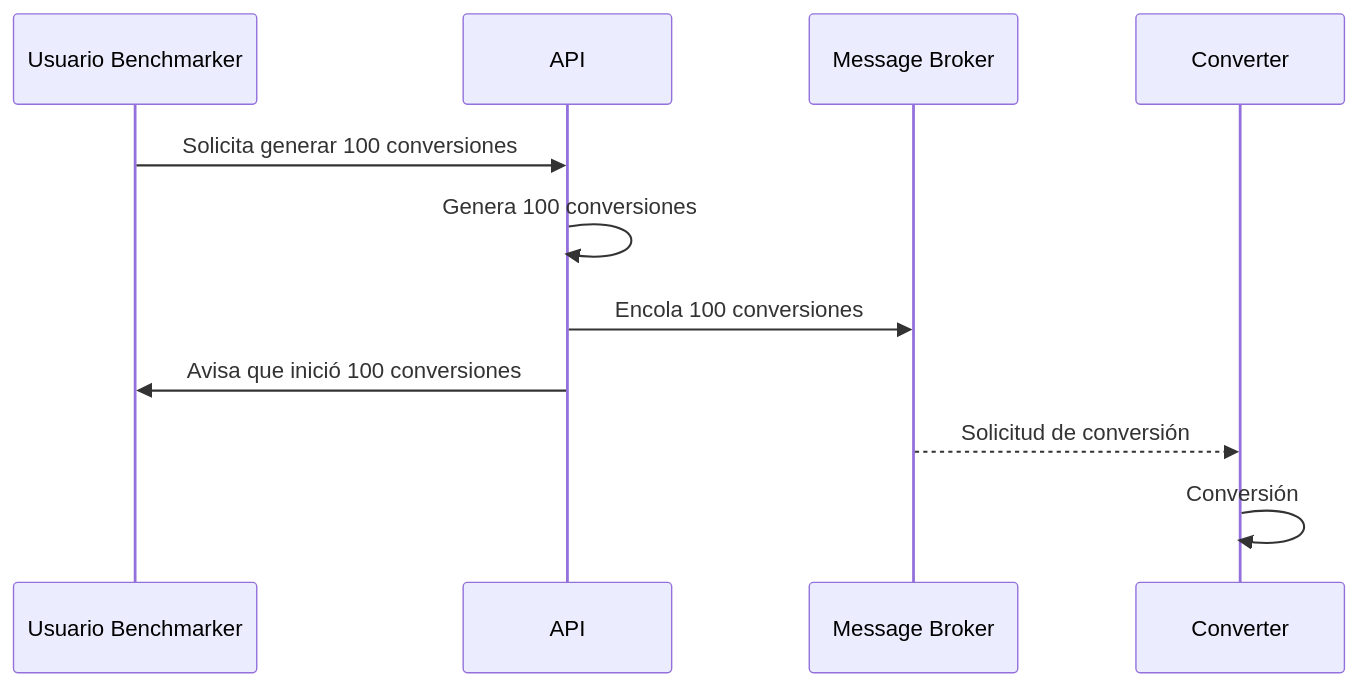
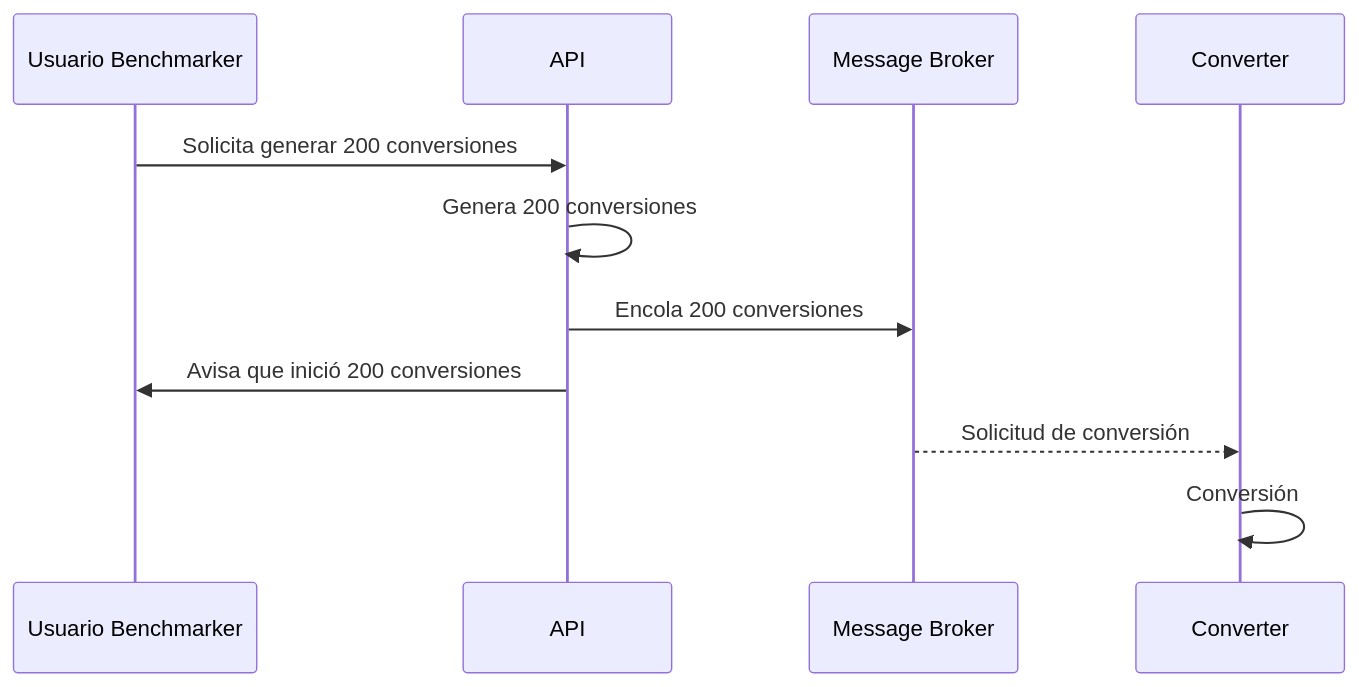
One commit to muniter/uni_cloud_convert changed the fourth of 4 diagrams in README.md. Above: the diagram before and after it, drawn with Mermaid. The commit also changed other lines of this file, not shown here.

````diff
--- a/README.md
+++ b/README.md
@@ -615,14 +615,14 @@
 ```mermaid
 sequenceDiagram
   participant ben as Usuario Benchmarker
   participant api as API
   participant mb as Message Broker
   participant co as Converter
 
-  ben->>api: Solicita generar 100 conversiones
-  api->>api: Genera 100 conversiones
-  api->>mb: Encola 100 conversiones
-  api->>ben: Avisa que inició 100 conversiones
+  ben->>api: Solicita generar 200 conversiones
+  api->>api: Genera 200 conversiones
+  api->>mb: Encola 200 conversiones
+  api->>ben: Avisa que inició 200 conversiones
   mb-->>co: Solicitud de conversión
   co->>co: Conversión
 ```
````
